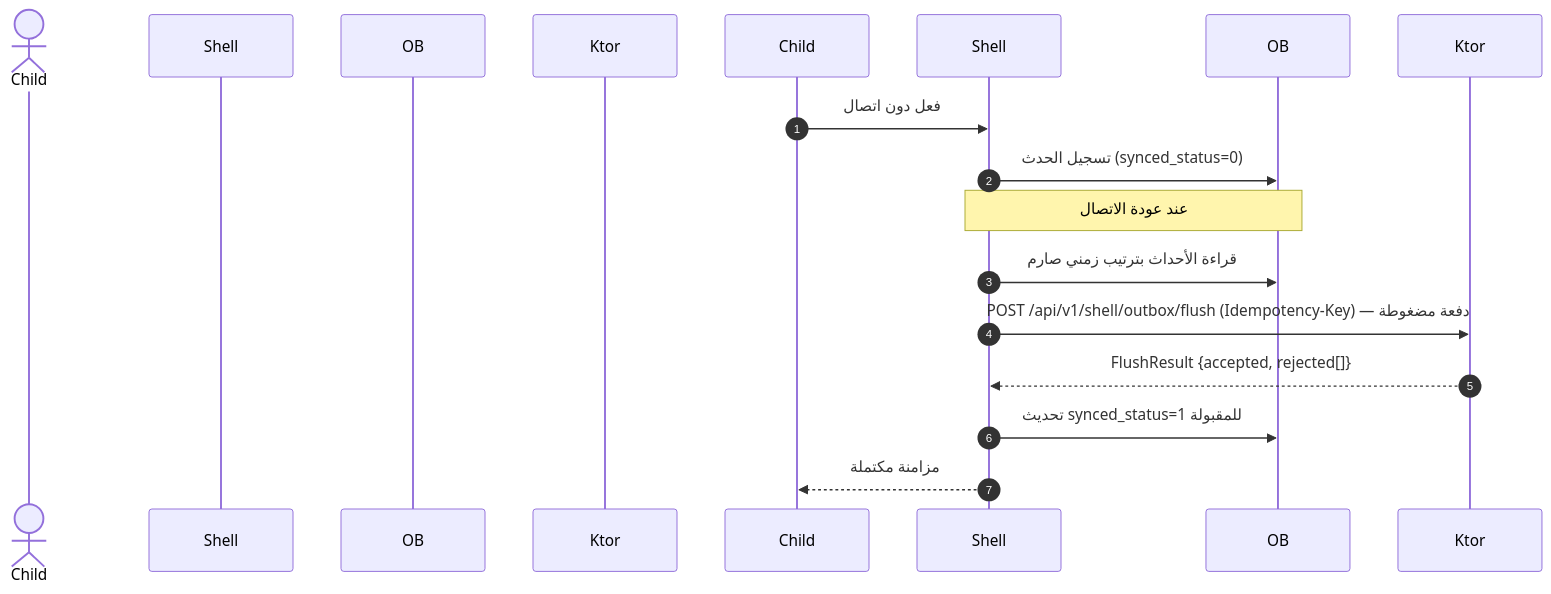
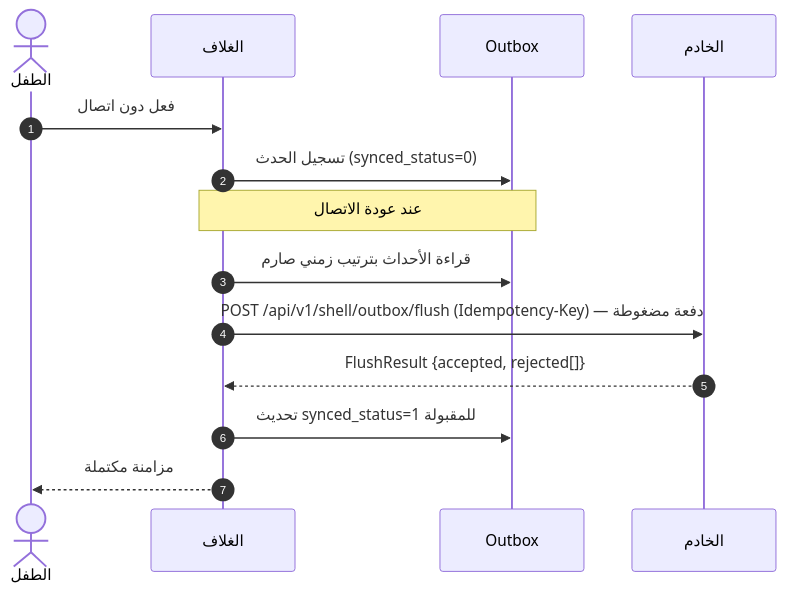
One commit to Bassam-mohammed-alqaeadi/family-os-v2 changed the fifth of 13 diagrams in docs/family-os/governance/phases/phase-1/S1-01-app-shell-and-platform/DIAGRAMS.md. Above: the diagram before and after it, drawn with Mermaid. The commit also changed other lines of this file and 10 other files, not shown here.

Commit message:
إغلاق المراجعة الشاملة R1–R5 (Q-196…Q-231) — المخططات DIAGRAMS + خريطة السياق (2/4)

````diff
--- a/docs/family-os/governance/phases/phase-1/S1-01-app-shell-and-platform/DIAGRAMS.md
+++ b/docs/family-os/governance/phases/phase-1/S1-01-app-shell-and-platform/DIAGRAMS.md
@@ -197,16 +203,16 @@
 ```mermaid
 sequenceDiagram
     autonumber
-    actor الطفل as Child
-    participant الغلاف as Shell
-    participant Outbox as OB
-    participant الخادم as Ktor
+    actor Child as الطفل
+    participant Shell as الغلاف
+    participant OB as Outbox
+    participant Ktor as الخادم
     Child->>Shell: فعل دون اتصال
     Shell->>OB: تسجيل الحدث (synced_status=0)
     Note over Shell,OB: عند عودة الاتصال
     Shell->>OB: قراءة الأحداث بترتيب زمني صارم
     Shell->>Ktor: POST /api/v1/shell/outbox/flush (Idempotency-Key) — دفعة مضغوطة
     Ktor-->>Shell: FlushResult {accepted, rejected[]}
     Shell->>OB: تحديث synced_status=1 للمقبولة
     Shell-->>Child: مزامنة مكتملة
 ```
````
